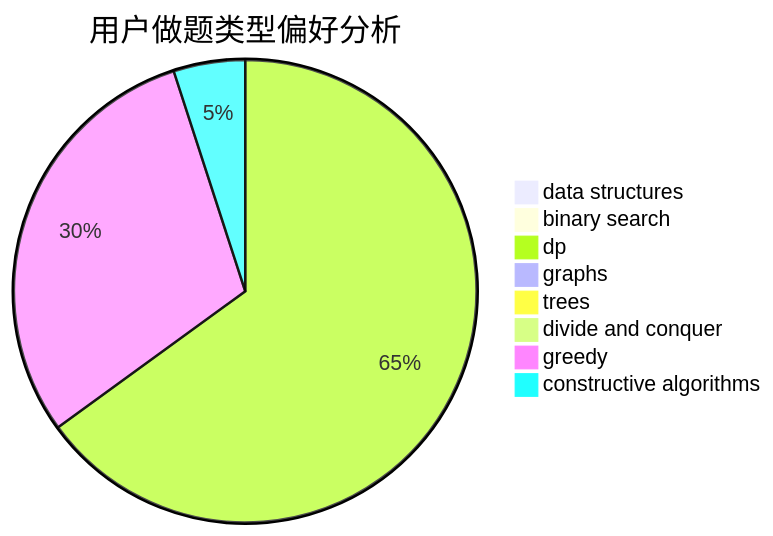
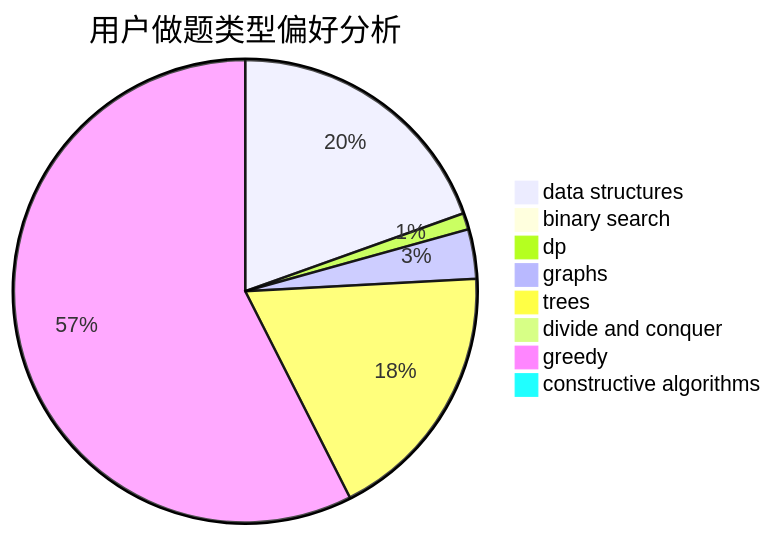
One commit to sherpahu/cfrs.github.io changed the second of 3 diagrams in docs/user/u2671.md. Above: the diagram before and after it, drawn with Mermaid. The commit also changed other lines of this file and 2770 other files, not shown here.

````diff
--- a/docs/user/u2671.md
+++ b/docs/user/u2671.md
@@ -23,11 +23,11 @@
 ```mermaid
 pie title 用户做题类型偏好分析
-    "data structures" :  0
+    "data structures" :  17
     "binary search" :  0
-    "dp" :  13
-    "graphs" :  0
-    "trees" :  0
+    "dp" :  1
+    "graphs" :  3
+    "trees" :  16
     "divide and conquer" :  0
-    "greedy" :  6
-    "constructive algorithms" :  1
+    "greedy" :  50
+    "constructive algorithms" :  0
 ```
````
